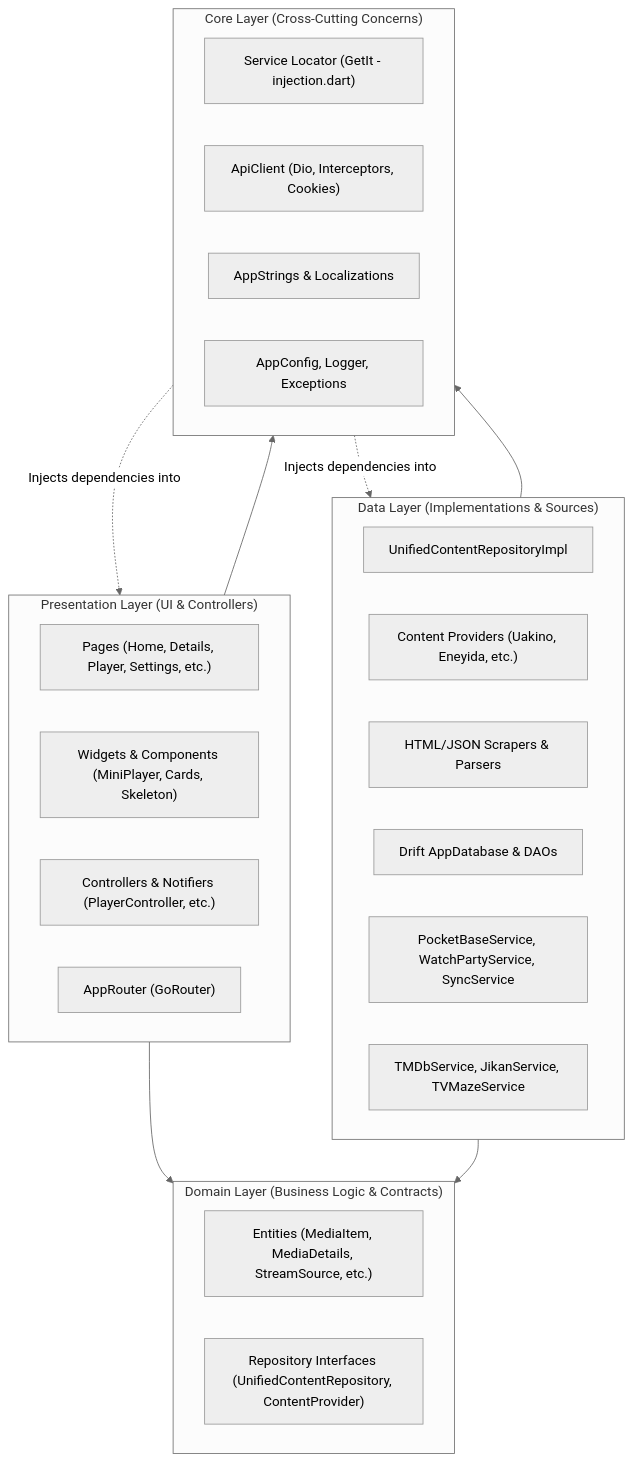
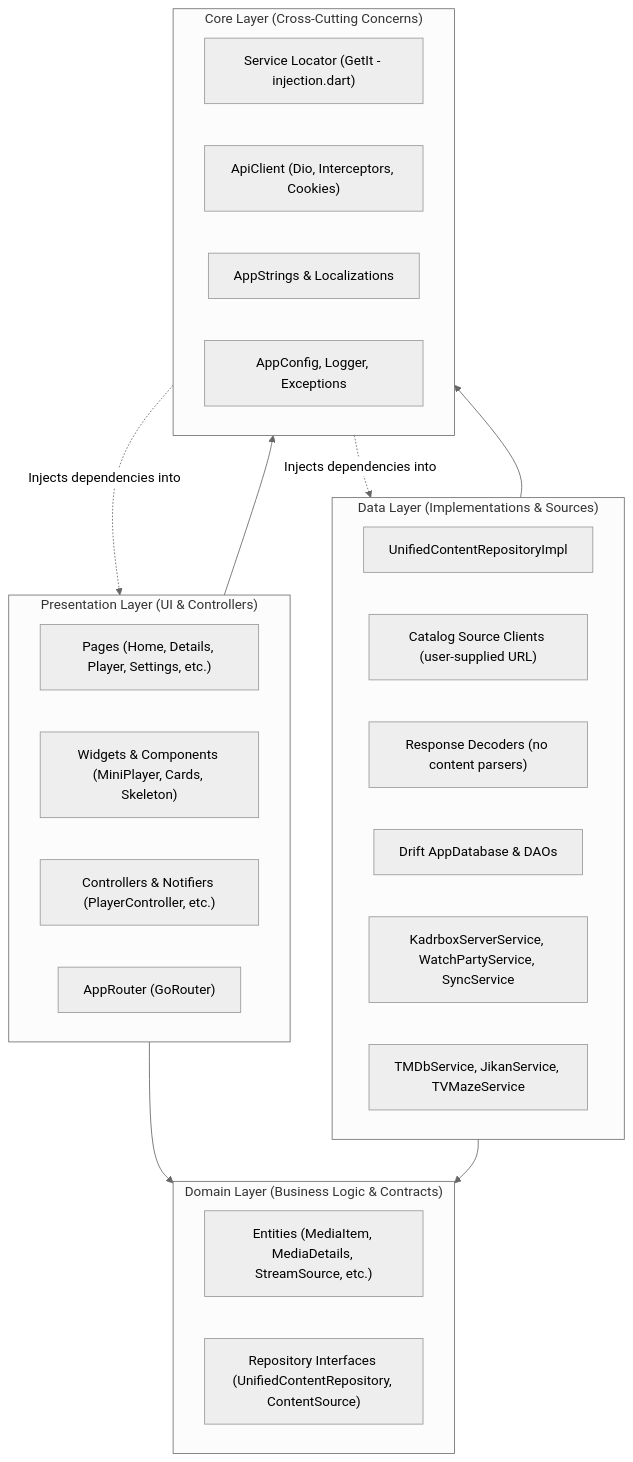
The first of 4 diagrams in docs/01_TECH_STACK_AND_ARCHITECTURE.md (edhases/kadrbox), drawn with Mermaid (neutral theme) before and after one commit. The commit also changed other lines of this file and 17 other files, not shown here.

````diff
--- a/docs/01_TECH_STACK_AND_ARCHITECTURE.md
+++ b/docs/01_TECH_STACK_AND_ARCHITECTURE.md
@@ -51,37 +56,37 @@
 ```mermaid
 flowchart TD
     subgraph PresentationLayer ["Presentation Layer (UI & Controllers)"]
         UI_Pages["Pages (Home, Details, Player, Settings, etc.)"]
         UI_Widgets["Widgets & Components (MiniPlayer, Cards, Skeleton)"]
         State_Holders["Controllers & Notifiers (PlayerController, etc.)"]
         Router["AppRouter (GoRouter)"]
     end
 
     subgraph DomainLayer ["Domain Layer (Business Logic & Contracts)"]
         Entities["Entities (MediaItem, MediaDetails, StreamSource, etc.)"]
-        RepoContracts["Repository Interfaces (UnifiedContentRepository, ContentProvider)"]
+        RepoContracts["Repository Interfaces (UnifiedContentRepository, ContentSource)"]
     end
 
     subgraph DataLayer ["Data Layer (Implementations & Sources)"]
         RepoImpl["UnifiedContentRepositoryImpl"]
-        Providers["Content Providers (Uakino, Eneyida, etc.)"]
-        Parsers["HTML/JSON Scrapers & Parsers"]
+        Providers["Catalog Source Clients (user-supplied URL)"]
+        Parsers["Response Decoders (no content parsers)"]
         LocalDB["Drift AppDatabase & DAOs"]
-        CloudServices["PocketBaseService, WatchPartyService, SyncService"]
+        CloudServices["KadrboxServerService, WatchPartyService, SyncService"]
         ExternalServices["TMDbService, JikanService, TVMazeService"]
     end
 
     subgraph CoreLayer ["Core Layer (Cross-Cutting Concerns)"]
         DI["Service Locator (GetIt - injection.dart)"]
         Network["ApiClient (Dio, Interceptors, Cookies)"]
         L10n["AppStrings & Localizations"]
         Config["AppConfig, Logger, Exceptions"]
     end
 
     PresentationLayer --> DomainLayer
     PresentationLayer --> CoreLayer
     DataLayer --> DomainLayer
     DataLayer --> CoreLayer
     CoreLayer -.->|Injects dependencies into| PresentationLayer
     CoreLayer -.->|Injects dependencies into| DataLayer
 ```
````
